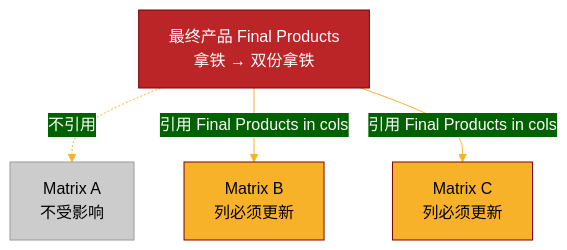
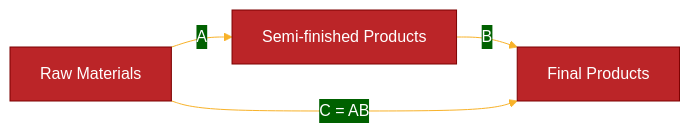
The diagram in courses/MATH203/2026-spring/notes/matrix-equations.md (math-postech/math-postech.github.io), drawn with Mermaid before and after one commit. The commit also changed other lines of this file, not shown here.

````diff
--- a/courses/MATH203/2026-spring/notes/matrix-equations.md
+++ b/courses/MATH203/2026-spring/notes/matrix-equations.md
@@ -192,27 +13,17 @@
 ```mermaid
 ---
 config:
   theme: 'base'
   themeVariables:
     primaryColor: '#BB2528'
     primaryTextColor: '#fff'
     primaryBorderColor: '#7C0000'
     lineColor: '#F8B229'
     secondaryColor: '#006100'
     tertiaryColor: '#fff'
 ---
-graph TB
-    FP[最终产品 Final Products<br/>拿铁 → 双份拿铁]
-    A[Matrix A<br/>不受影响]
-    B[Matrix B<br/>列必须更新]
-    C[Matrix C<br/>列必须更新]
-
-    FP -.->|不引用| A
-    FP -->|引用 Final Products in cols| B
-    FP -->|引用 Final Products in cols| C
-
-    style FP fill:#BB2528,stroke:#7C0000,color:#fff
-    style B fill:#F8B229,stroke:#7C0000,color:#000
-    style C fill:#F8B229,stroke:#7C0000,color:#000
-    style A fill:#ccc,stroke:#999,color:#000
+graph LR
+    RM[Raw Materials] -->|A| SP[Semi-finished Products]
+    SP -->|B| FP[Final Products]
+    RM -->|C = AB| FP
 ```
````
